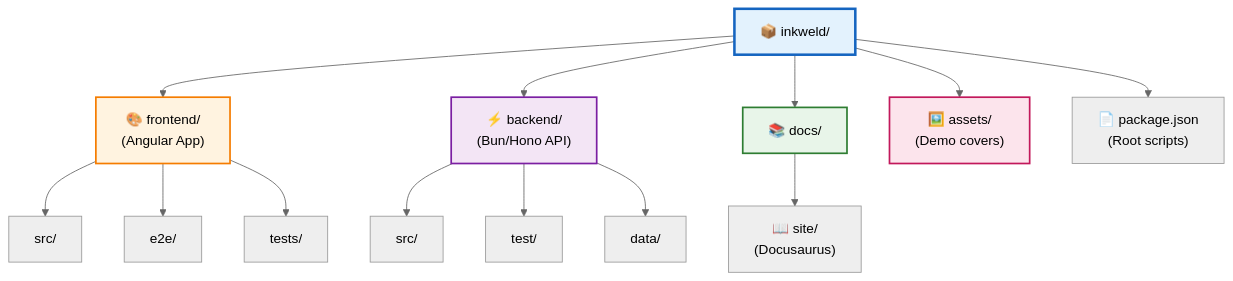
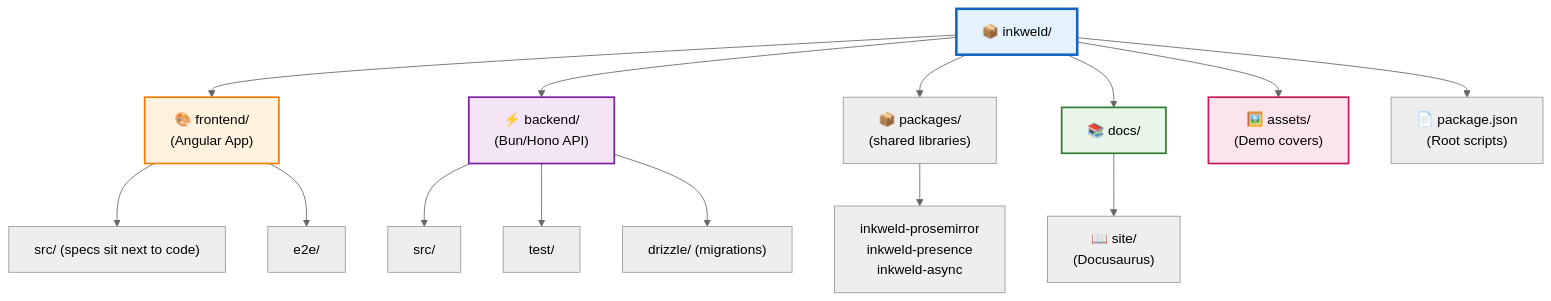
Before and after one commit to bobbyquantum/inkweld: the ninth of 9 diagrams in docs/site/docs/developer/architecture.md, drawn with Mermaid. The commit also changed other lines of this file and 88 other files, not shown here.

````diff
--- a/docs/site/docs/developer/architecture.md
+++ b/docs/site/docs/developer/architecture.md
@@ -664,27 +718,29 @@
 ```mermaid
 %%{init: {'theme':'neutral'}}%%
 graph TD
     Root["📦 inkweld/"]
 
     Root --> FE["🎨 frontend/<br/>(Angular App)"]
     Root --> BE["⚡ backend/<br/>(Bun/Hono API)"]
+    Root --> PK["📦 packages/<br/>(shared libraries)"]
     Root --> Docs["📚 docs/"]
     Root --> Assets["🖼️ assets/<br/>(Demo covers)"]
     Root --> PKG["📄 package.json<br/>(Root scripts)"]
 
     Docs --> Site["📖 site/<br/>(Docusaurus)"]
 
-    FE --> FESrc["src/"]
+    FE --> FESrc["src/ (specs sit next to code)"]
     FE --> FEE2E["e2e/"]
-    FE --> FETest["tests/"]
 
     BE --> BESrc["src/"]
     BE --> BETest["test/"]
-    BE --> BEData["data/"]
+    BE --> BEMig["drizzle/ (migrations)"]
+
+    PK --> PKP["inkweld-prosemirror<br/>inkweld-presence<br/>inkweld-async"]
 
     style Root fill:#e3f2fd,stroke:#1565c0,stroke-width:3px
     style FE fill:#fff3e0,stroke:#f57c00,stroke-width:2px
     style BE fill:#f3e5f5,stroke:#7b1fa2,stroke-width:2px
     style Docs fill:#e8f5e9,stroke:#2e7d32,stroke-width:2px
     style Assets fill:#fce4ec,stroke:#c2185b,stroke-width:2px
 ```
````
